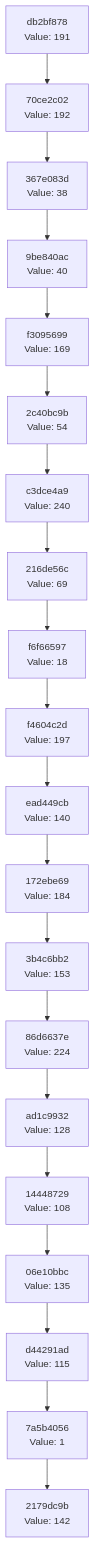
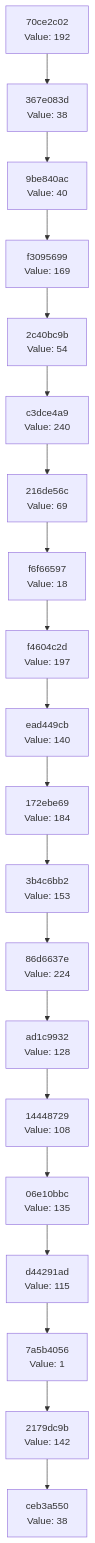
The diagram in docs/CHAIN_VISUALIZATION.md (Abhisheksinha1506/hash-chain-evolver), drawn with Mermaid before and after one commit. The commit also changed 2 other files, not shown here.

Commit message:
Evolution step: hash 0x26 → action executed

````diff
--- a/docs/CHAIN_VISUALIZATION.md
+++ b/docs/CHAIN_VISUALIZATION.md
@@ -3,42 +3,42 @@
 ```mermaid
 graph TD
-    C0["2179dc9b<br/>Value: 142"]
-    C1["7a5b4056<br/>Value: 1"]
+    C0["ceb3a550<br/>Value: 38"]
+    C1["2179dc9b<br/>Value: 142"]
     C1 --> C0
-    C2["d44291ad<br/>Value: 115"]
+    C2["7a5b4056<br/>Value: 1"]
     C2 --> C1
-    C3["06e10bbc<br/>Value: 135"]
+    C3["d44291ad<br/>Value: 115"]
     C3 --> C2
-    C4["14448729<br/>Value: 108"]
+    C4["06e10bbc<br/>Value: 135"]
     C4 --> C3
-    C5["ad1c9932<br/>Value: 128"]
+    C5["14448729<br/>Value: 108"]
     C5 --> C4
-    C6["86d6637e<br/>Value: 224"]
+    C6["ad1c9932<br/>Value: 128"]
     C6 --> C5
-    C7["3b4c6bb2<br/>Value: 153"]
+    C7["86d6637e<br/>Value: 224"]
     C7 --> C6
-    C8["172ebe69<br/>Value: 184"]
+    C8["3b4c6bb2<br/>Value: 153"]
     C8 --> C7
-    C9["ead449cb<br/>Value: 140"]
+    C9["172ebe69<br/>Value: 184"]
     C9 --> C8
-    C10["f4604c2d<br/>Value: 197"]
+    C10["ead449cb<br/>Value: 140"]
     C10 --> C9
-    C11["f6f66597<br/>Value: 18"]
+    C11["f4604c2d<br/>Value: 197"]
     C11 --> C10
-    C12["216de56c<br/>Value: 69"]
+    C12["f6f66597<br/>Value: 18"]
     C12 --> C11
-    C13["c3dce4a9<br/>Value: 240"]
+    C13["216de56c<br/>Value: 69"]
     C13 --> C12
-    C14["2c40bc9b<br/>Value: 54"]
+    C14["c3dce4a9<br/>Value: 240"]
     C14 --> C13
-    C15["f3095699<br/>Value: 169"]
+    C15["2c40bc9b<br/>Value: 54"]
     C15 --> C14
-    C16["9be840ac<br/>Value: 40"]
+    C16["f3095699<br/>Value: 169"]
     C16 --> C15
-    C17["367e083d<br/>Value: 38"]
+    C17["9be840ac<br/>Value: 40"]
     C17 --> C16
-    C18["70ce2c02<br/>Value: 192"]
+    C18["367e083d<br/>Value: 38"]
     C18 --> C17
-    C19["db2bf878<br/>Value: 191"]
+    C19["70ce2c02<br/>Value: 192"]
     C19 --> C18
 ```
````
